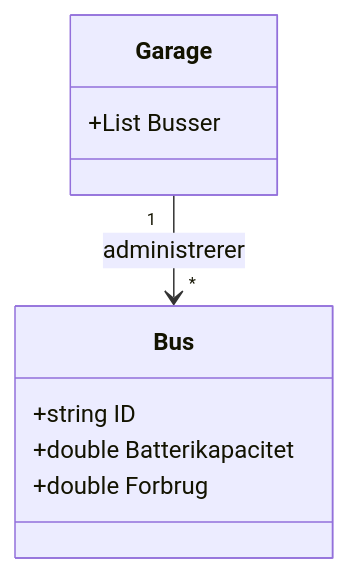
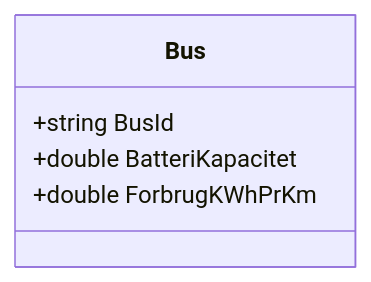
One commit to DMOof2025-Team-6/Getting-Real changed the diagram in Dokumentation/Iteration 1/Use Case 1/Domain.mmd. Above: the diagram before and after it, drawn with Mermaid. The commit also changed 24 other files, not shown here.

```diff
--- a/Dokumentation/Iteration 1/Use Case 1/Domain.mmd
+++ b/Dokumentation/Iteration 1/Use Case 1/Domain.mmd
@@ -1,11 +1,6 @@
 classDiagram
-    class Bus {
-        +string ID
-        +double Batterikapacitet
-        +double Forbrug
-        
-    }
-    class Garage {
-        +List<Bus> Busser
-    }
-    Garage "1" --> "*" Bus : administrerer
+class Bus {
+    +string BusId
+    +double BatteriKapacitet
+    +double ForbrugKWhPrKm
+}
```
